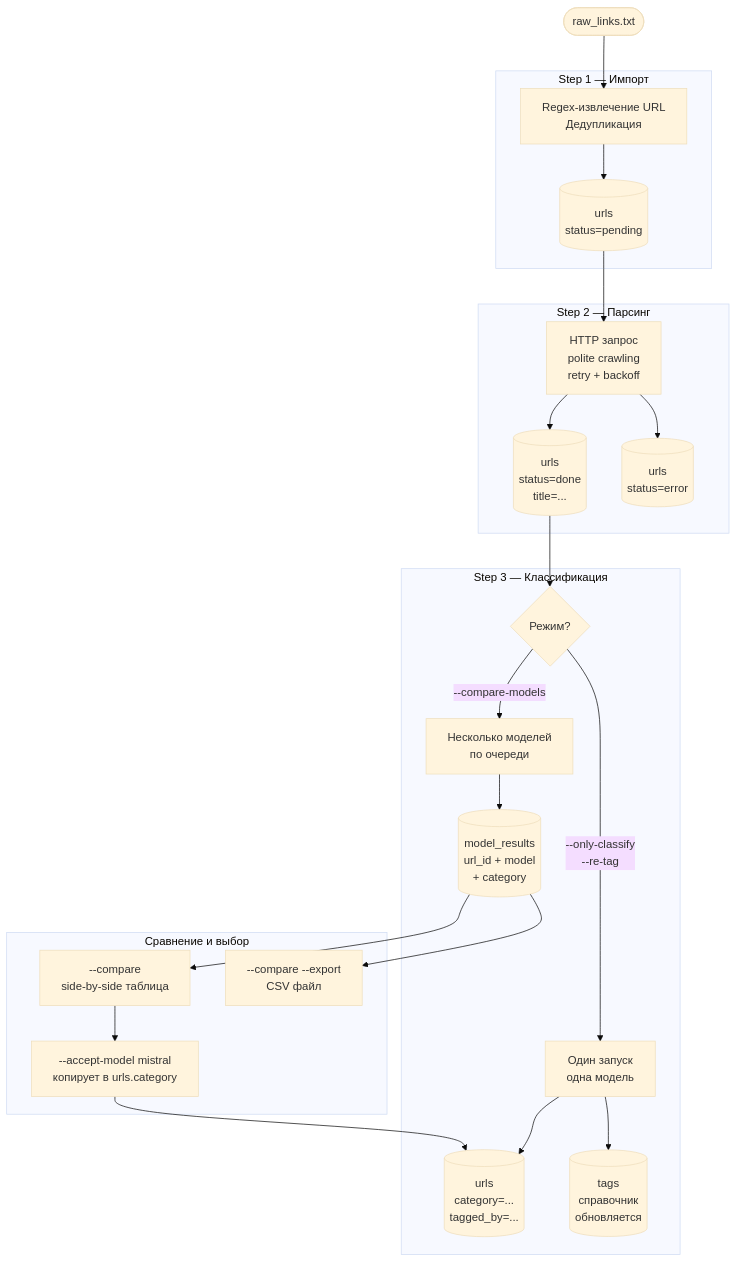
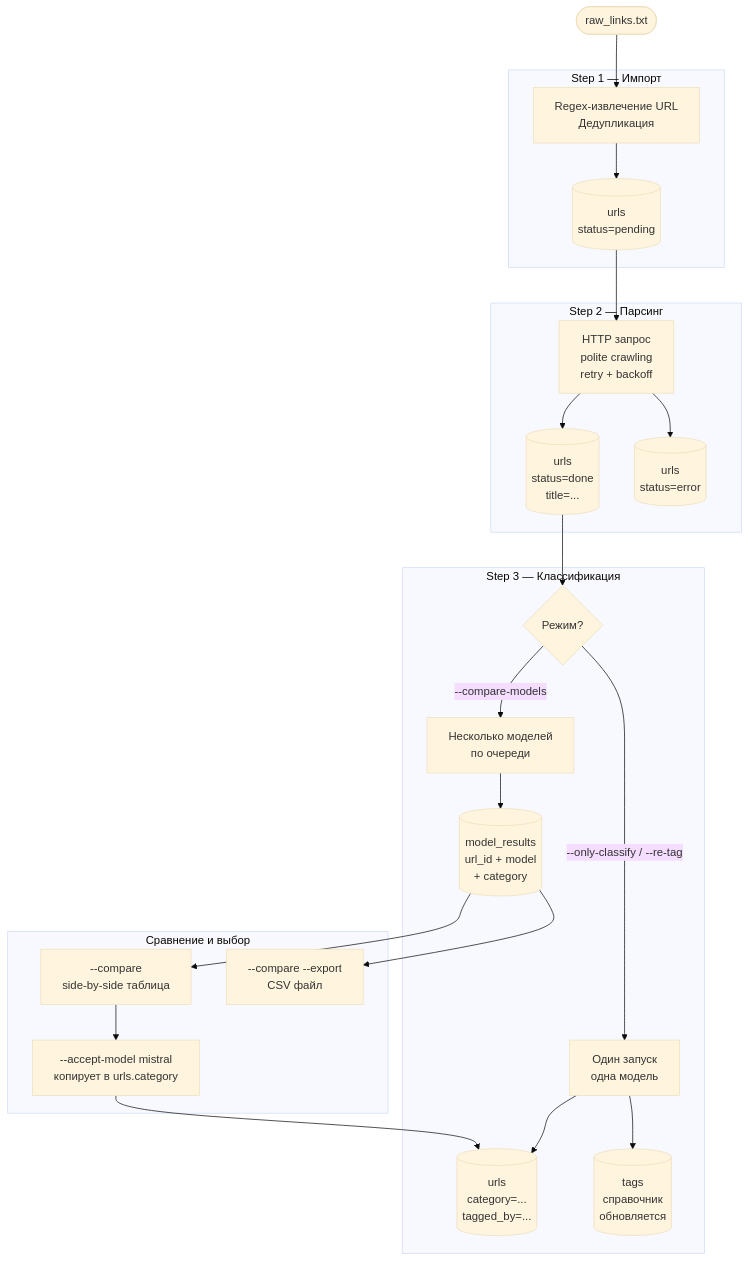
Before and after one commit to ioncat/web-page-classifier: the second of 4 diagrams in docs/models-compare.md, drawn with Mermaid (base theme). The commit also changed other lines of this file and 1 other file, not shown here.

Commit message:
docs: fix Mermaid line breaks — replace \n with <br/> in all flowchart nodes

````diff
--- a/docs/models-compare.md
+++ b/docs/models-compare.md
@@ -49,33 +49,33 @@
 ```mermaid
 flowchart TD
     A([raw_links.txt]) --> S1
 
     subgraph step1["Step 1 — Импорт"]
-        S1[Regex-извлечение URL\nДедупликация]
-        S1 --> DB1[(urls\nstatus=pending)]
+        S1["Regex-извлечение URL<br/>Дедупликация"]
+        S1 --> DB1[("urls<br/>status=pending")]
     end
 
     subgraph step2["Step 2 — Парсинг"]
-        DB1 --> S2[HTTP запрос\npolite crawling\nretry + backoff]
-        S2 --> DB2[(urls\nstatus=done\ntitle=...)]
-        S2 --> DB2e[(urls\nstatus=error)]
+        DB1 --> S2["HTTP запрос<br/>polite crawling<br/>retry + backoff"]
+        S2 --> DB2[("urls<br/>status=done<br/>title=...")]
+        S2 --> DB2e[("urls<br/>status=error")]
     end
 
     subgraph step3["Step 3 — Классификация"]
         DB2 --> S3{Режим?}
 
-        S3 -->|"--only-classify\n--re-tag"| NORM[Один запуск\nодна модель]
-        NORM --> DBcat[(urls\ncategory=...\ntagged_by=...)]
-        NORM --> DBtags[(tags\nсправочник\nобновляется)]
+        S3 -->|"--only-classify / --re-tag"| NORM["Один запуск<br/>одна модель"]
+        NORM --> DBcat[("urls<br/>category=...<br/>tagged_by=...")]
+        NORM --> DBtags[("tags<br/>справочник<br/>обновляется")]
 
-        S3 -->|"--compare-models"| CM[Несколько моделей\nпо очереди]
-        CM --> DBmr[(model_results\nurl_id + model\n+ category)]
+        S3 -->|"--compare-models"| CM["Несколько моделей<br/>по очереди"]
+        CM --> DBmr[("model_results<br/>url_id + model<br/>+ category")]
     end
 
     subgraph compare["Сравнение и выбор"]
-        DBmr --> CMP["--compare\nside-by-side таблица"]
-        DBmr --> EXP["--compare --export\nCSV файл"]
-        CMP --> ACC["--accept-model mistral\nкопирует в urls.category"]
+        DBmr --> CMP["--compare<br/>side-by-side таблица"]
+        DBmr --> EXP["--compare --export<br/>CSV файл"]
+        CMP --> ACC["--accept-model mistral<br/>копирует в urls.category"]
         ACC --> DBcat
     end
 ```
````
